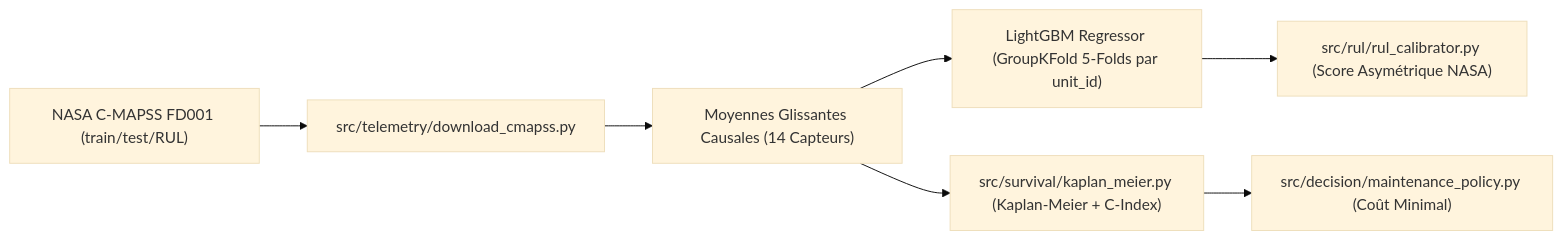
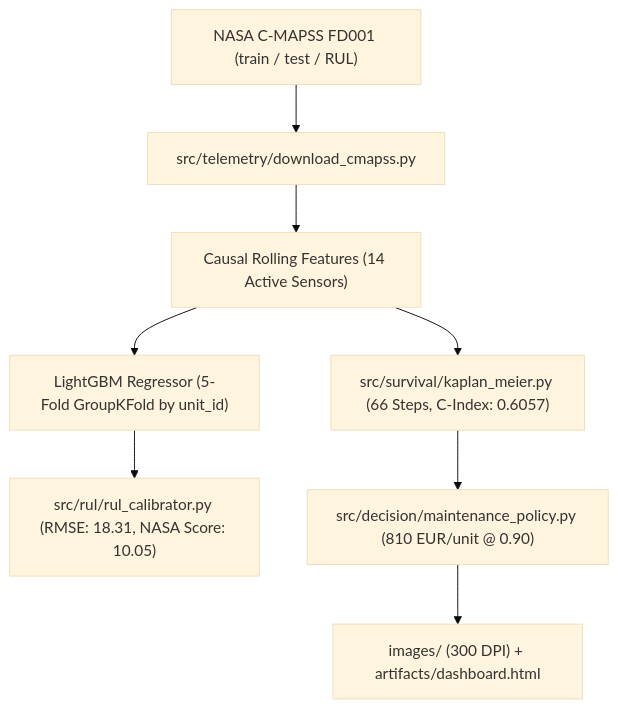
The diagram in README.md (elm-as/CBMX), drawn with Mermaid (base theme) before and after one commit. The commit also changed other lines of this file, not shown here.

````diff
--- a/README.md
+++ b/README.md
@@ -74,9 +85,10 @@
 ```mermaid
-flowchart LR
-    NASA["NASA C-MAPSS FD001 (train/test/RUL)"] --> DL["src/telemetry/download_cmapss.py"]
-    DL --> FE["Moyennes Glissantes Causales (14 Capteurs)"]
-    FE --> LGB["LightGBM Regressor (GroupKFold 5-Folds par unit_id)"]
-    LGB --> RUL["src/rul/rul_calibrator.py (Score Asymétrique NASA)"]
-    FE --> SURV["src/survival/kaplan_meier.py (Kaplan-Meier + C-Index)"]
-    SURV --> DEC["src/decision/maintenance_policy.py (Coût Minimal)"]
+flowchart TD
+    NASA["NASA C-MAPSS FD001 (train / test / RUL)"] --> DL["src/telemetry/download_cmapss.py"]
+    DL --> FE["Causal Rolling Features (14 Active Sensors)"]
+    FE --> LGB["LightGBM Regressor (5-Fold GroupKFold by unit_id)"]
+    LGB --> RUL["src/rul/rul_calibrator.py (RMSE: 18.31, NASA Score: 10.05)"]
+    FE --> SURV["src/survival/kaplan_meier.py (66 Steps, C-Index: 0.6057)"]
+    SURV --> DEC["src/decision/maintenance_policy.py (810 EUR/unit @ 0.90)"]
+    DEC --> VIS["images/ (300 DPI) + artifacts/dashboard.html"]
 ```
````
